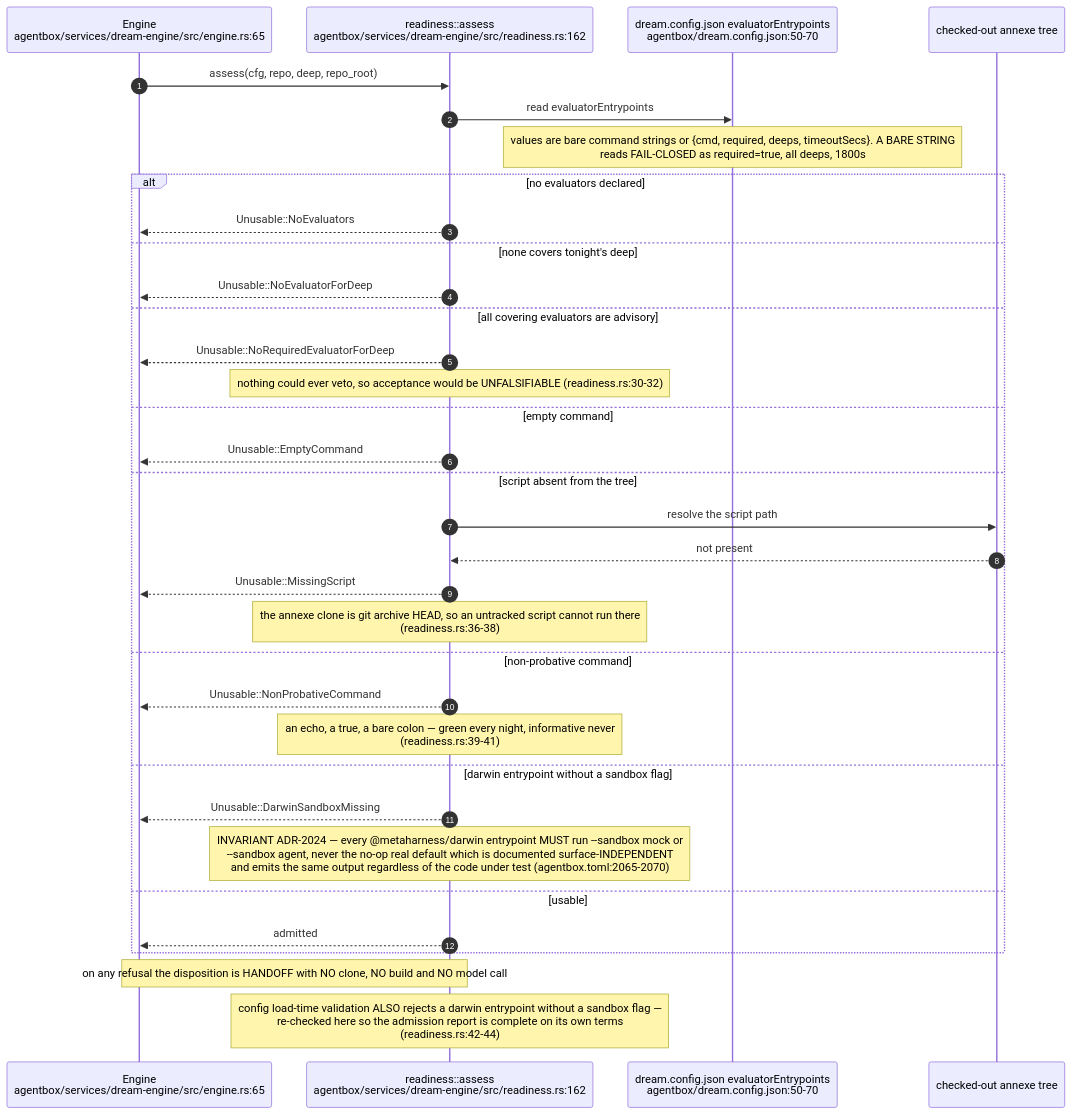
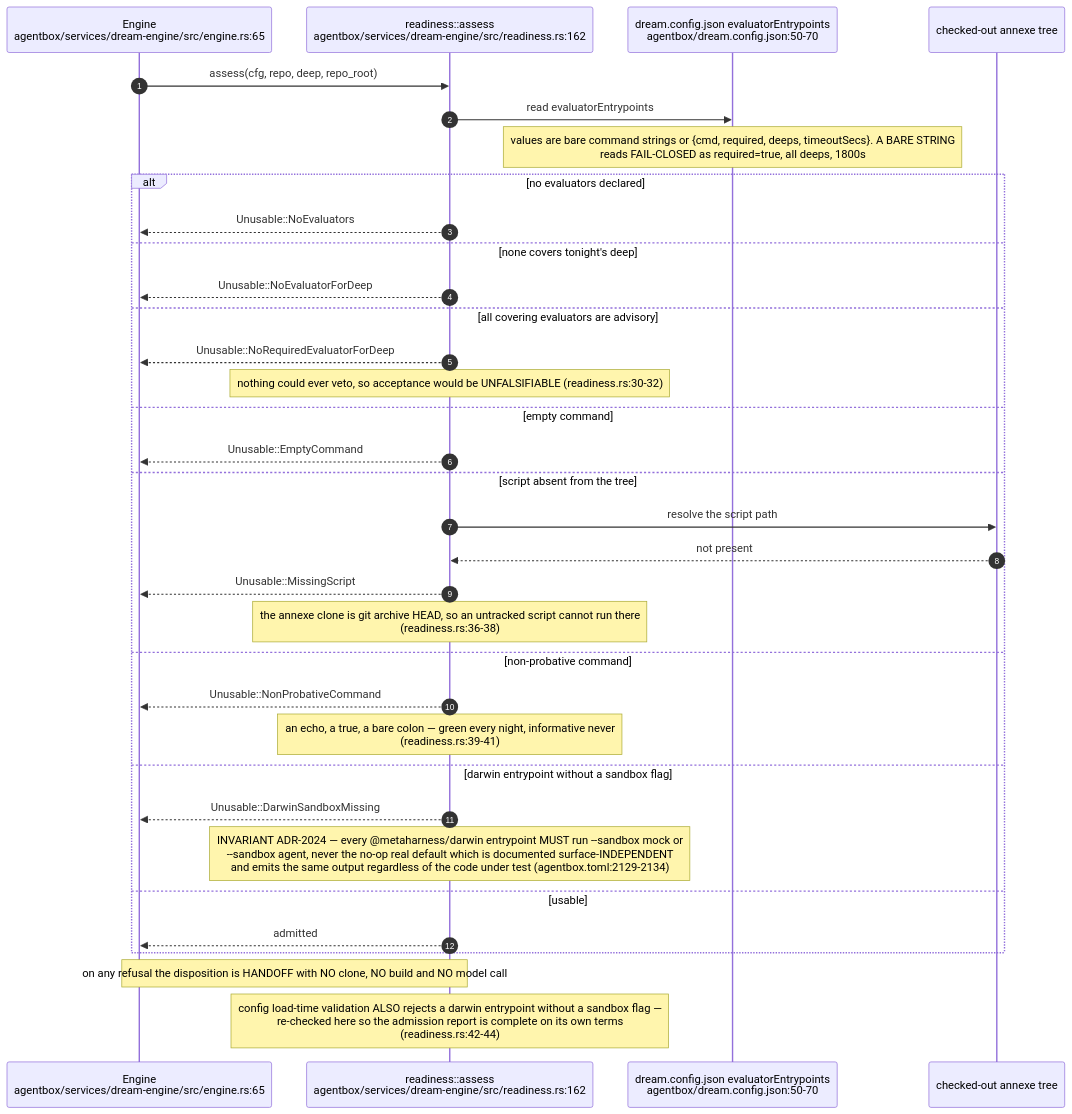
Before and after one commit to DreamLab-AI/VisionFlow: the third of 20 diagrams in docs/diagrams/agentbox/23-dream-engine.md, drawn with Mermaid. The commit also changed other lines of this file and 14 other files, not shown here.

First line of the commit message:
docs(diagrams): custody role isolation — new AB-36, re-stamp 11 topics at the custody integration head

````diff
--- a/docs/diagrams/agentbox/23-dream-engine.md
+++ b/docs/diagrams/agentbox/23-dream-engine.md
@@ -187,37 +192,37 @@
 ```mermaid
 sequenceDiagram
     autonumber
     participant ENG as Engine<br/>agentbox/services/dream-engine/src/engine.rs:65
     participant RDY as readiness::assess<br/>agentbox/services/dream-engine/src/readiness.rs:162
     participant CFG as dream.config.json evaluatorEntrypoints<br/>agentbox/dream.config.json:50-70
     participant TREE as checked-out annexe tree
 
     ENG->>RDY: assess(cfg, repo, deep, repo_root)
     RDY->>CFG: read evaluatorEntrypoints
     Note over CFG: values are bare command strings or {cmd, required, deeps, timeoutSecs}. A BARE STRING<br/>reads FAIL-CLOSED as required=true, all deeps, 1800s
     alt no evaluators declared
         RDY-->>ENG: Unusable::NoEvaluators
     else none covers tonight's deep
         RDY-->>ENG: Unusable::NoEvaluatorForDeep
     else all covering evaluators are advisory
         RDY-->>ENG: Unusable::NoRequiredEvaluatorForDeep
         Note over RDY: nothing could ever veto, so acceptance would be UNFALSIFIABLE (readiness.rs:30-32)
     else empty command
         RDY-->>ENG: Unusable::EmptyCommand
     else script absent from the tree
         RDY->>TREE: resolve the script path
         TREE-->>RDY: not present
         RDY-->>ENG: Unusable::MissingScript
         Note over RDY: the annexe clone is git archive HEAD, so an untracked script cannot run there<br/>(readiness.rs:36-38)
     else non-probative command
         RDY-->>ENG: Unusable::NonProbativeCommand
         Note over RDY: an echo, a true, a bare colon — green every night, informative never<br/>(readiness.rs:39-41)
     else darwin entrypoint without a sandbox flag
         RDY-->>ENG: Unusable::DarwinSandboxMissing
-        Note over RDY: INVARIANT ADR-2024 — every @metaharness/darwin entrypoint MUST run --sandbox mock or<br/>--sandbox agent, never the no-op real default which is documented surface-INDEPENDENT<br/>and emits the same output regardless of the code under test (agentbox.toml:2065-2070)
+        Note over RDY: INVARIANT ADR-2024 — every @metaharness/darwin entrypoint MUST run --sandbox mock or<br/>--sandbox agent, never the no-op real default which is documented surface-INDEPENDENT<br/>and emits the same output regardless of the code under test (agentbox.toml:2129-2134)
     else usable
         RDY-->>ENG: admitted
     end
     Note over ENG,RDY: on any refusal the disposition is HANDOFF with NO clone, NO build and NO model call
     Note over RDY: config load-time validation ALSO rejects a darwin entrypoint without a sandbox flag —<br/>re-checked here so the admission report is complete on its own terms<br/>(readiness.rs:42-44)
 ```
````
